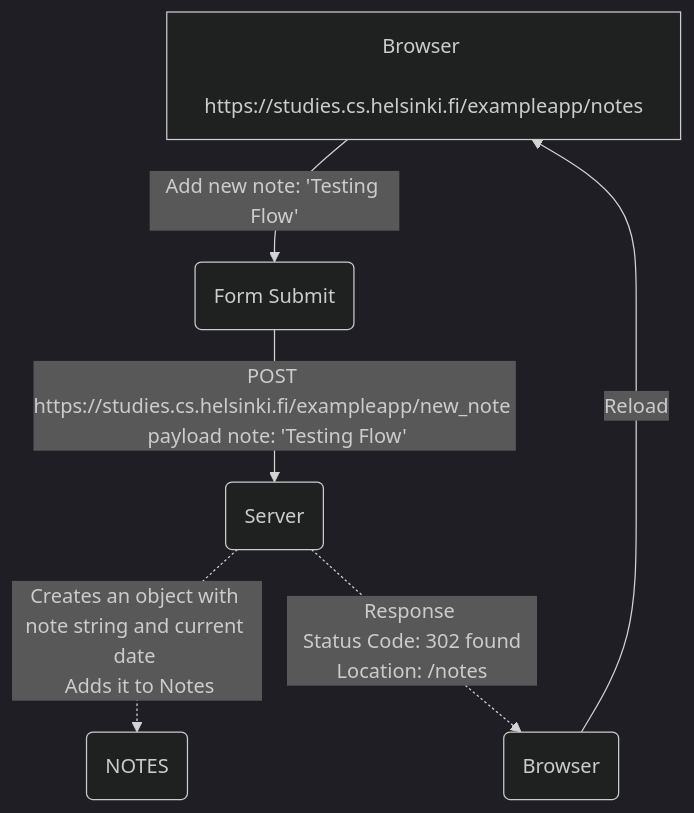
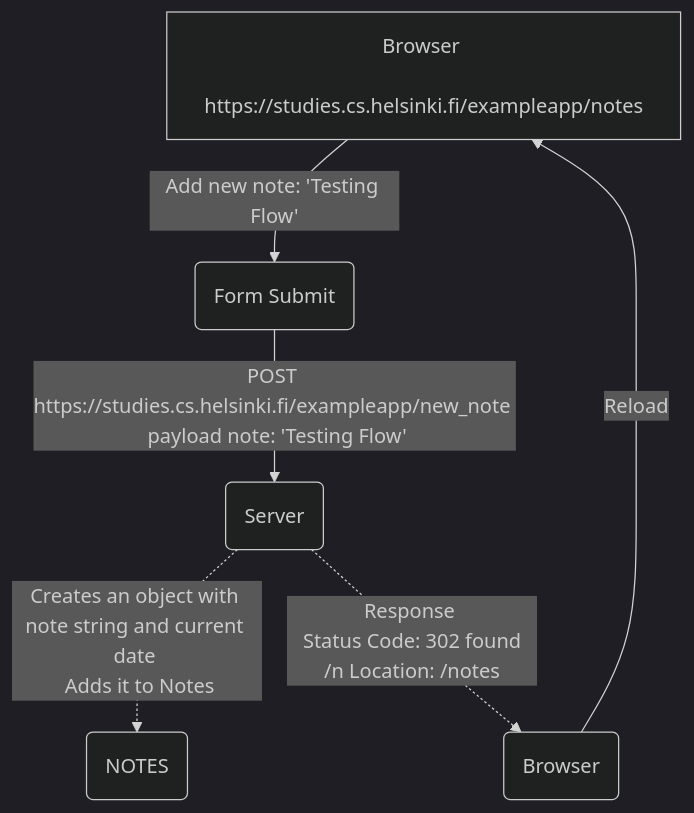
The diagram in part0/0.4.md (bmsfs/fullstackopen), drawn with Mermaid (dark theme) before and after one commit.

Commit message:
added breakline for diagram

````diff
--- a/part0/0.4.md
+++ b/part0/0.4.md
@@ -1,7 +1,7 @@
 ``` mermaid
     flowchart
         A[Browser \n https://studies.cs.helsinki.fi/exampleapp/notes] --> |Add new note: 'Testing Flow'| B(Form Submit) --> |POST https://studies.cs.helsinki.fi/exampleapp/new_note \n payload note: 'Testing Flow'| C(Server)
         C(Server) -.-> |Creates an object with note string and current date \n Adds it to Notes| E(NOTES)
-        C(Server) -.-> |Response \n Status Code: 302 found Location: /notes| F(Browser)
+        C(Server) -.-> |Response \n Status Code: 302 found /n Location: /notes| F(Browser)
         F(Browser) --> |Reload| A
 ```
````
